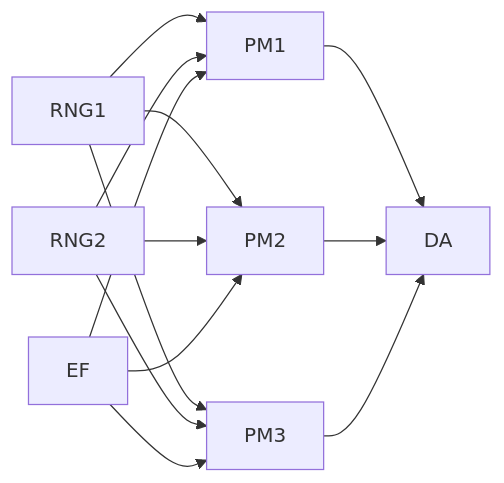
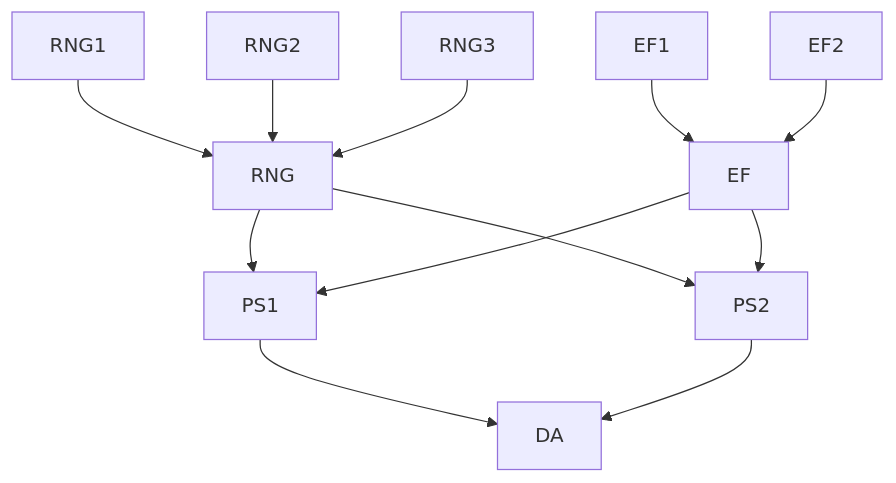
Before and after one commit to willirath/2022_reproducible_distributed_scientific_computing: the third of 3 diagrams in README.md, drawn with Mermaid. The commit also changed other lines of this file and 6 other files, not shown here.

````diff
--- a/README.md
+++ b/README.md
@@ -12,15 +37,14 @@
 ```mermaid
-graph LR;
-    RNG1-->PM1;
-    RNG1-->PM2;
-    RNG1-->PM3;
-    RNG2-->PM1;
-    RNG2-->PM2;
-    RNG2-->PM3;
-    EF-->PM1;
-    EF-->PM2;
-    EF-->PM3;
-    PM1-->DA;
-    PM2-->DA;
-    PM3-->DA;
+graph TD;
+    RNG1-->RNG;
+    RNG2-->RNG;
+    RNG3-->RNG;
+    EF1-->EF;
+    EF2-->EF;
+    RNG-->PS1;
+    RNG-->PS2;
+    EF-->PS1;
+    EF-->PS2;
+    PS1-->DA;
+    PS2-->DA;
 ```
````
